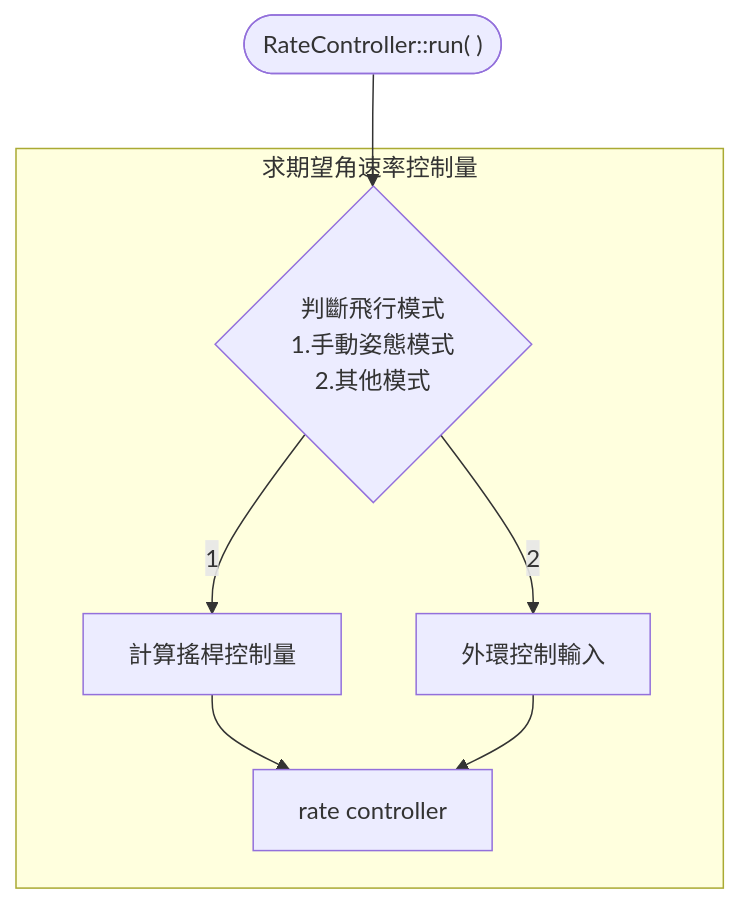
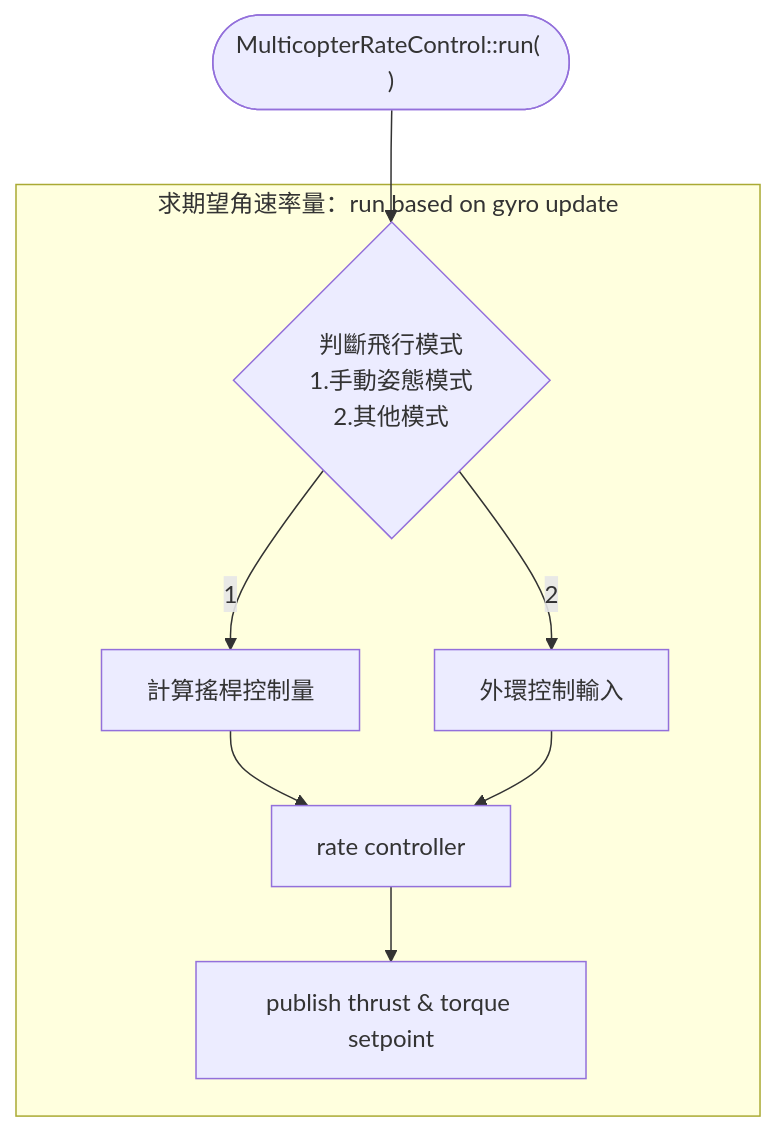
One commit to Anungable/Personal-Arbeit changed the second of 2 diagrams in PX4-Pixhawk/MC Flight controller.md. Above: the diagram before and after it, drawn with Mermaid. The commit also changed other lines of this file and 5 other files, not shown here.

````diff
--- a/PX4-Pixhawk/MC Flight controller.md
+++ b/PX4-Pixhawk/MC Flight controller.md
@@ -5,13 +28,14 @@
 ```mermaid
 graph TD
 
-A(["RateController::run( )"]) --> B{判斷飛行模式
+A(["MulticopterRateControl::run( )"]) --> B{判斷飛行模式
 1.手動姿態模式
 2.其他模式}
-subgraph 求期望角速率控制量
+subgraph "求期望角速率量：run based on gyro update"
     B --> |1| D[計算搖桿控制量]
     B --> |2| E[外環控制輸入]
     D --> F[rate controller]
     E --> F
+    F --> G[publish thrust & torque setpoint]
 end
 ```
````
